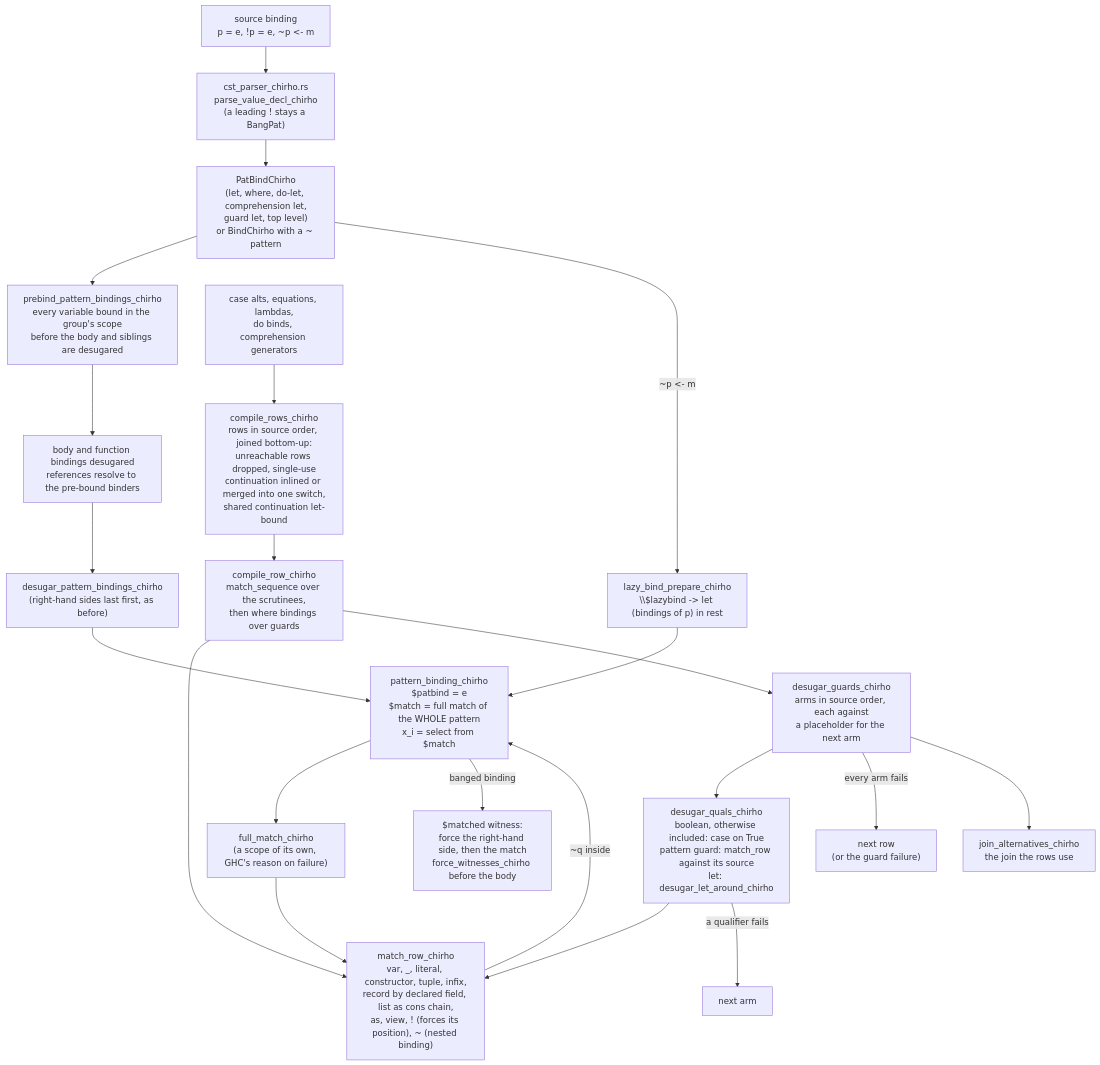
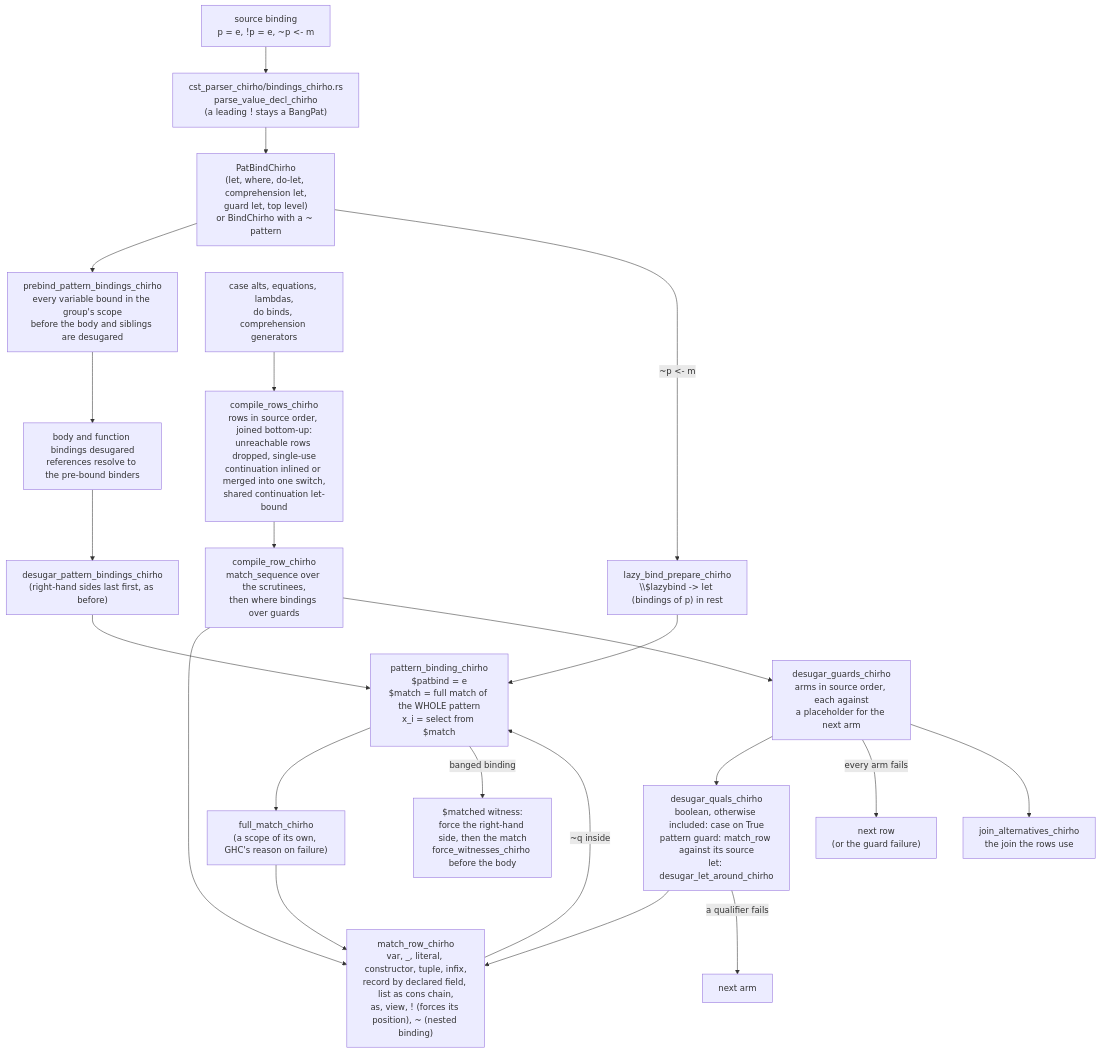
One commit to loveJesus/haskelujah-chirho changed the first of 4 diagrams in spec-chirho/workflows-chirho/language-features-chirho/pattern-matching-chirho.md. Above: the diagram before and after it, drawn with Mermaid. The commit also changed 17 other files, not shown here.

First line of the commit message:
refactor(parser): split the CST parser by syntactic category (row 640, 2/2)

````diff
--- a/spec-chirho/workflows-chirho/language-features-chirho/pattern-matching-chirho.md
+++ b/spec-chirho/workflows-chirho/language-features-chirho/pattern-matching-chirho.md
@@ -43,24 +43,24 @@
 ```mermaid
 flowchart TD
-    SRC["source binding\np = e, !p = e, ~p <- m"] --> PARSE["cst_parser_chirho.rs\nparse_value_decl_chirho\n(a leading ! stays a BangPat)"]
+    SRC["source binding\np = e, !p = e, ~p <- m"] --> PARSE["cst_parser_chirho/bindings_chirho.rs\nparse_value_decl_chirho\n(a leading ! stays a BangPat)"]
     PARSE --> AST["PatBindChirho\n(let, where, do-let, comprehension let,\nguard let, top level)\nor BindChirho with a ~ pattern"]
     AST --> PREBIND["prebind_pattern_bindings_chirho\nevery variable bound in the group's scope\nbefore the body and siblings are desugared"]
     PREBIND --> BODY["body and function bindings desugared\nreferences resolve to the pre-bound binders"]
     BODY --> BIND["desugar_pattern_bindings_chirho\n(right-hand sides last first, as before)"]
     BIND --> PB["pattern_binding_chirho\n$patbind = e\n$match = full match of the WHOLE pattern\nx_i = select from $match"]
     PB --> FULL["full_match_chirho\n(a scope of its own, GHC's reason on failure)"]
     FULL --> ROW["match_row_chirho\nvar, _, literal, constructor, tuple, infix,\nrecord by declared field, list as cons chain,\nas, view, ! (forces its position), ~ (nested binding)"]
     ROW -->|"~q inside"| PB
     PB -->|"banged binding"| WITNESS["$matched witness:\nforce the right-hand side, then the match\nforce_witnesses_chirho before the body"]
     AST -->|"~p <- m"| LAZYBIND["lazy_bind_prepare_chirho\n\\$lazybind -> let (bindings of p) in rest"]
     LAZYBIND --> PB
     MATCHSRC["case alts, equations, lambdas,\ndo binds, comprehension generators"] --> ROWS["compile_rows_chirho\nrows in source order, joined bottom-up:\nunreachable rows dropped, single-use\ncontinuation inlined or merged into one switch,\nshared continuation let-bound"]
     ROWS --> ROWONE["compile_row_chirho\nmatch_sequence over the scrutinees,\nthen where bindings over guards"]
     ROWONE --> ROW
     ROWONE --> GUARDS["desugar_guards_chirho\narms in source order, each against\na placeholder for the next arm"]
     GUARDS --> QUALS["desugar_quals_chirho\nboolean, otherwise included: case on True\npattern guard: match_row against its source\nlet: desugar_let_around_chirho"]
     QUALS --> ROW
     QUALS -->|"a qualifier fails"| NEXTARM["next arm"]
     GUARDS -->|"every arm fails"| NEXT["next row\n(or the guard failure)"]
     GUARDS --> JOIN["join_alternatives_chirho\nthe join the rows use"]
 ```
````
